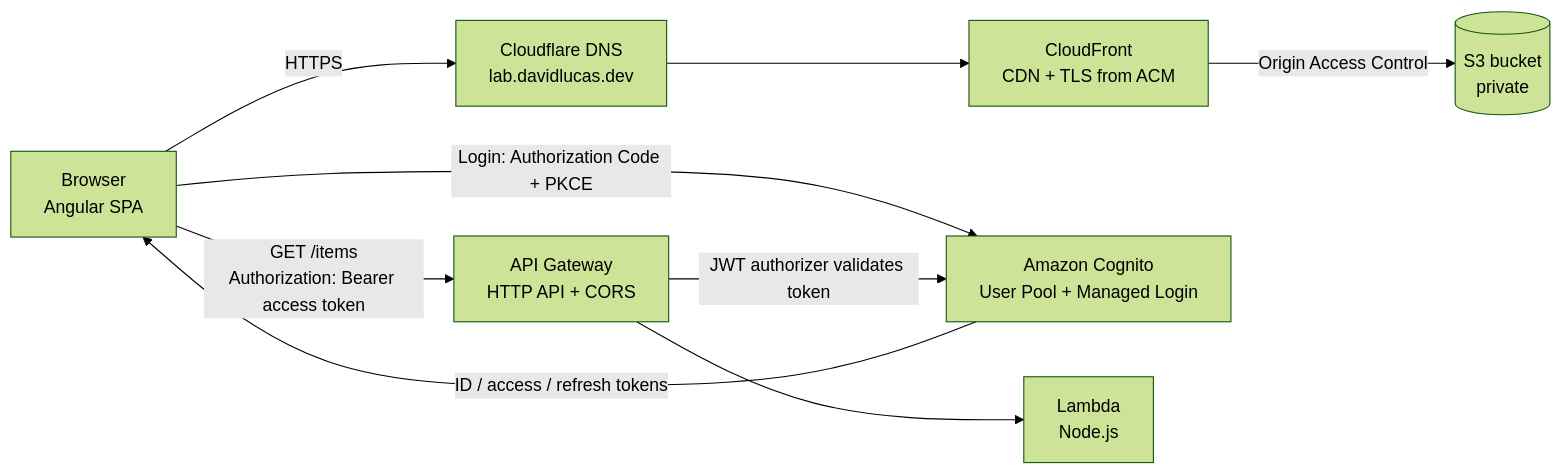
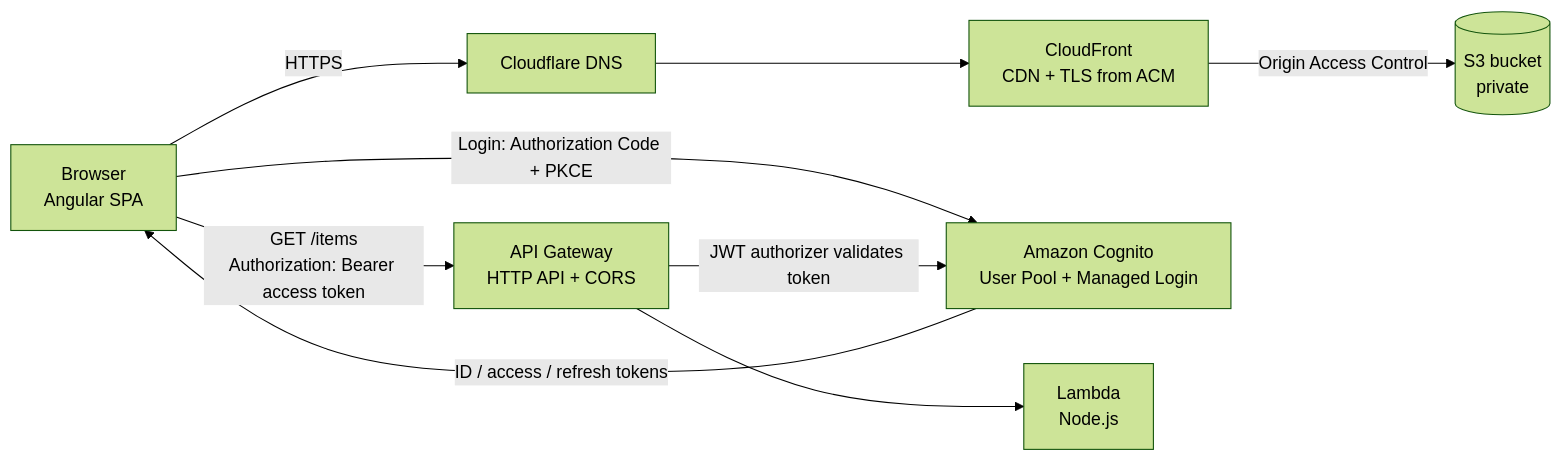
Before and after one commit to David-LBautista/aws-lab: the first of 2 diagrams in README.md, drawn with Mermaid (forest theme). The commit also changed other lines of this file and 1 other file, not shown here.

````diff
--- a/README.md
+++ b/README.md
@@ -11,13 +14,13 @@
 ```mermaid
 flowchart LR
-    U[Browser<br/>Angular SPA] -->|HTTPS| DNS[Cloudflare DNS<br/>lab.davidlucas.dev]
+    U[Browser<br/>Angular SPA] -->|HTTPS| DNS[Cloudflare DNS]
     DNS --> CF[CloudFront<br/>CDN + TLS from ACM]
     CF -->|Origin Access Control| S3[(S3 bucket<br/>private)]
 
     U -->|Login: Authorization Code + PKCE| COG[Amazon Cognito<br/>User Pool + Managed Login]
     COG -->|ID / access / refresh tokens| U
 
     U -->|GET /items<br/>Authorization: Bearer access token| APIGW[API Gateway<br/>HTTP API + CORS]
     APIGW -->|JWT authorizer validates token| COG
     APIGW --> L[Lambda<br/>Node.js]
 ```
````
